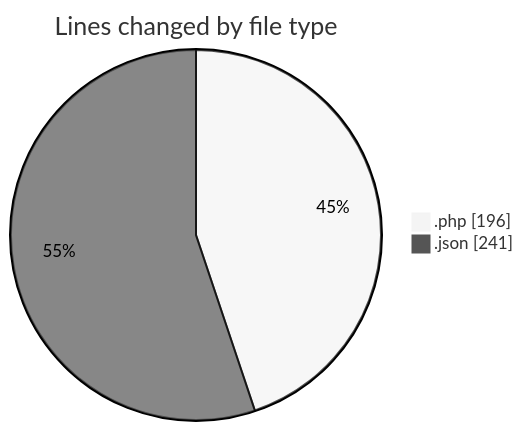
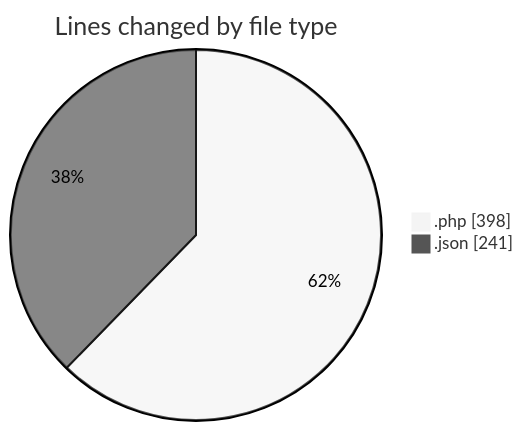
One commit to idhammustaqopulfikri/code-tracking changed the first of 2 diagrams in 2025-03-30/autodidak/README.md. Above: the diagram before and after it, drawn with Mermaid (neutral theme). The commit also changed other lines of this file and 1 other file, not shown here.

````diff
--- a/2025-03-30/autodidak/README.md
+++ b/2025-03-30/autodidak/README.md
@@ -24,6 +25,6 @@
 ```mermaid
 pie showData
 title Lines changed by file type
-".php" : 196
+".php" : 398
 ".json" : 241
 ```
````
